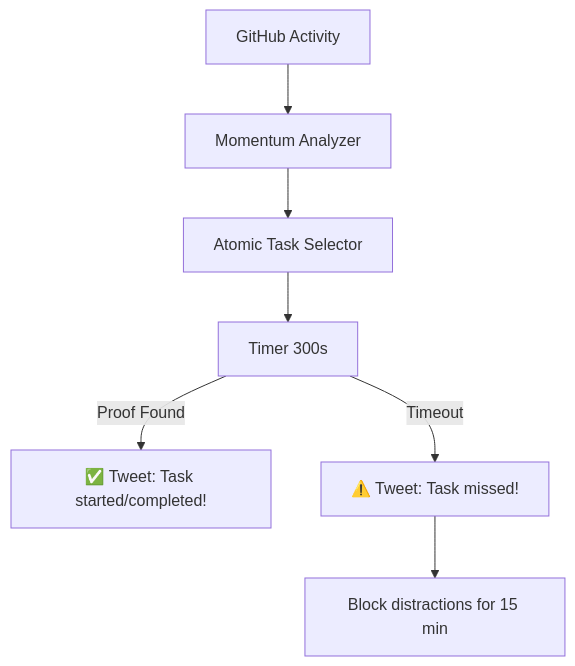
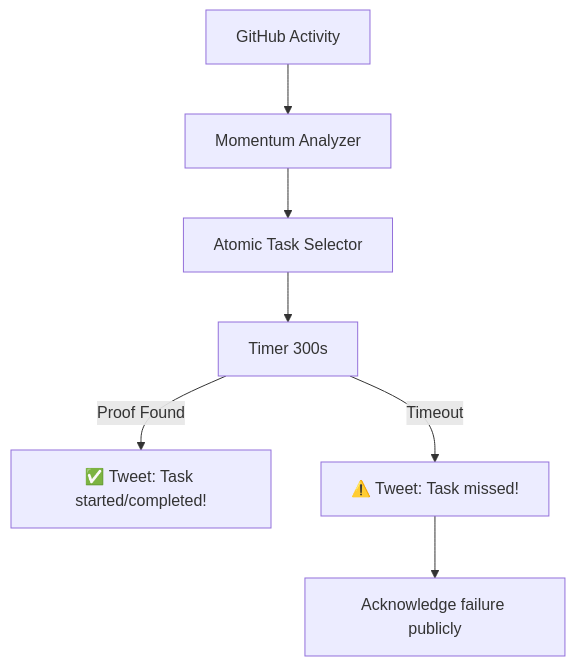
One commit to alexpaden/identity-ai changed the diagram in main/business-strategy.md. Above: the diagram before and after it, drawn with Mermaid. The commit also changed other lines of this file and 3 other files, not shown here.

````diff
--- a/main/business-strategy.md
+++ b/main/business-strategy.md
@@ -384,8 +384,8 @@
 ```mermaid
 graph TD
     GitHubWebhook[GitHub Activity] --> ReflectLambda[Momentum Analyzer]
     ReflectLambda --> NEXT[Atomic Task Selector]
     NEXT --> GUARD[Timer 300s]
     GUARD -- Proof Found --> WinTweet["✅ Tweet: Task started/completed!"]
-    GUARD -- Timeout --> StallTweet["⚠️ Tweet: Task missed!"] --> FocusBlocker["Block distractions for 15 min"]
+    GUARD -- Timeout --> StallTweet["⚠️ Tweet: Task missed!"] --> FocusBlocker["Acknowledge failure publicly"]
 ```
````
